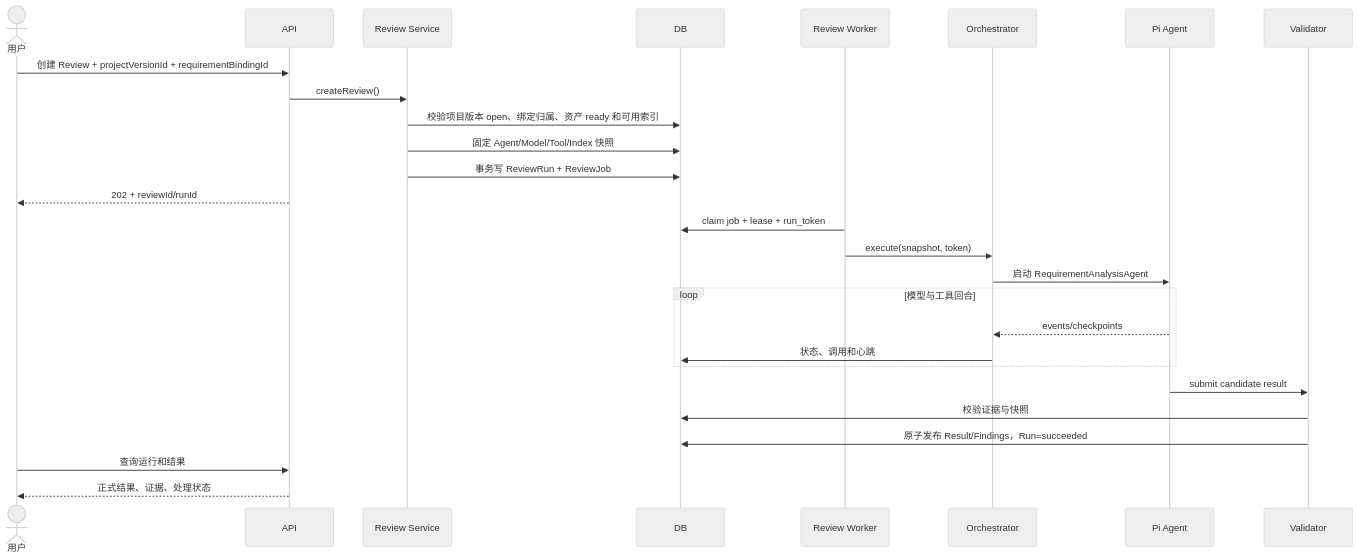
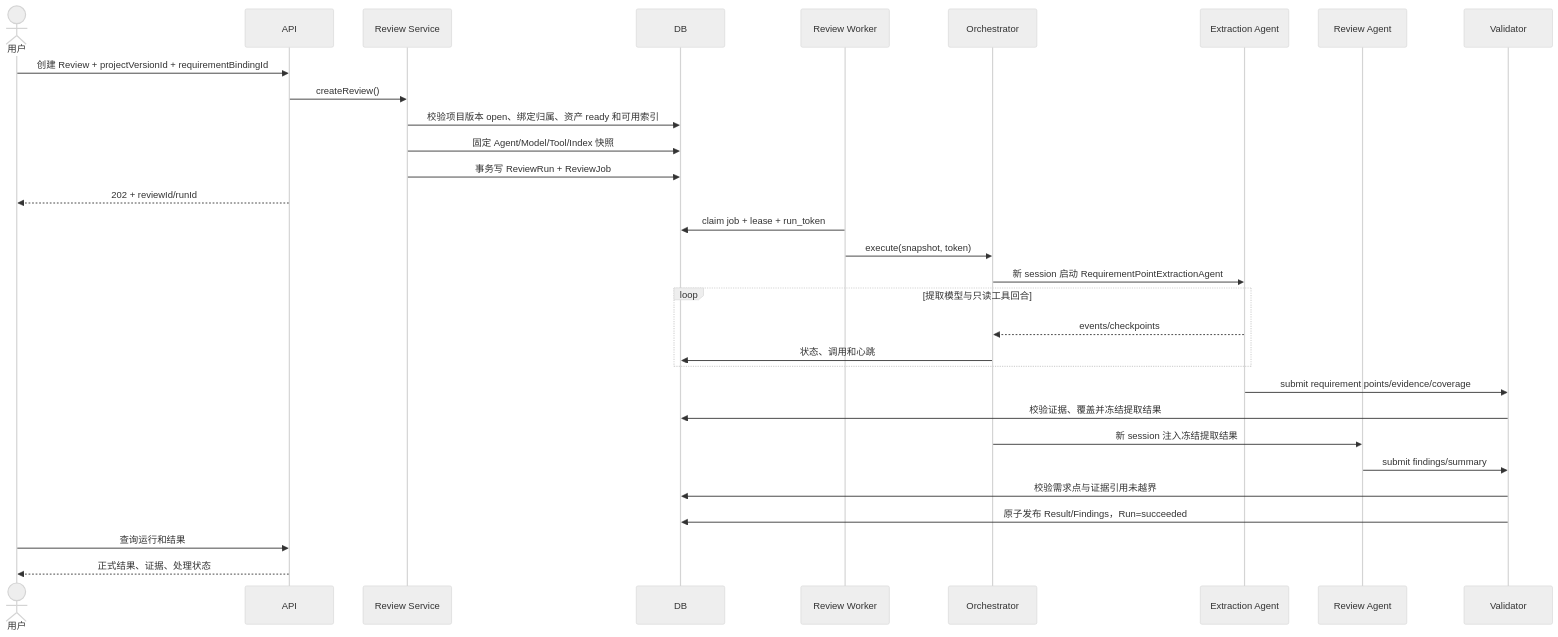
The eighth of 8 diagrams in 技术文档/第二期-需求评审与大模型配置技术文档.md (lishilei123/SmartHub), drawn with Mermaid (neutral theme) before and after one commit. The commit also changed other lines of this file and 23 other files, not shown here.

````diff
--- a/技术文档/第二期-需求评审与大模型配置技术文档.md
+++ b/技术文档/第二期-需求评审与大模型配置技术文档.md
@@ -1160,30 +1187,34 @@
 ```mermaid
 sequenceDiagram
     actor U as 用户
     participant API
     participant APP as Review Service
     participant DB
     participant W as Review Worker
     participant O as Orchestrator
-    participant P as Pi Agent
+    participant E as Extraction Agent
+    participant R as Review Agent
     participant V as Validator
 
     U->>API: 创建 Review + projectVersionId + requirementBindingId
     API->>APP: createReview()
     APP->>DB: 校验项目版本 open、绑定归属、资产 ready 和可用索引
     APP->>DB: 固定 Agent/Model/Tool/Index 快照
     APP->>DB: 事务写 ReviewRun + ReviewJob
     API-->>U: 202 + reviewId/runId
     W->>DB: claim job + lease + run_token
     W->>O: execute(snapshot, token)
-    O->>P: 启动 RequirementAnalysisAgent
-    loop 模型与工具回合
-      P-->>O: events/checkpoints
+    O->>E: 新 session 启动 RequirementPointExtractionAgent
+    loop 提取模型与只读工具回合
+      E-->>O: events/checkpoints
       O->>DB: 状态、调用和心跳
     end
-    P->>V: submit candidate result
-    V->>DB: 校验证据与快照
+    E->>V: submit requirement points/evidence/coverage
+    V->>DB: 校验证据、覆盖并冻结提取结果
+    O->>R: 新 session 注入冻结提取结果
+    R->>V: submit findings/summary
+    V->>DB: 校验需求点与证据引用未越界
     V->>DB: 原子发布 Result/Findings，Run=succeeded
     U->>API: 查询运行和结果
     API-->>U: 正式结果、证据、处理状态
 ```
````
